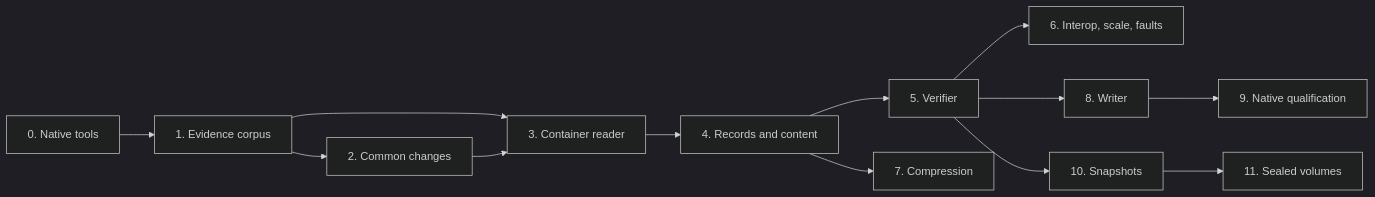
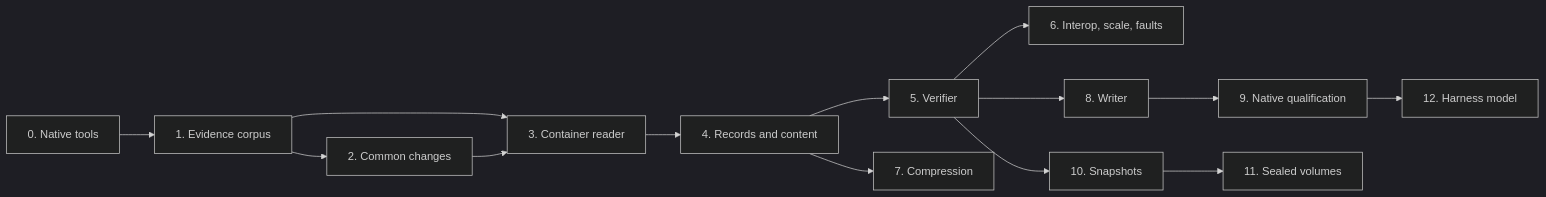
The diagram in docs/apfs-plan.md (stass/fsimg), drawn with Mermaid (dark theme) before and after one commit. The commit also changed other lines of this file and 8 other files, not shown here.

````diff
--- a/docs/apfs-plan.md
+++ b/docs/apfs-plan.md
@@ -425,15 +580,16 @@
 ```mermaid
 flowchart LR
     S0[0. Native tools] --> S1[1. Evidence corpus]
     S1 --> S2[2. Common changes]
     S1 --> S3[3. Container reader]
     S2 --> S3
     S3 --> S4[4. Records and content]
     S4 --> S5[5. Verifier]
     S5 --> S6[6. Interop, scale, faults]
     S4 --> S7[7. Compression]
     S5 --> S8[8. Writer]
     S8 --> S9[9. Native qualification]
     S5 --> S10[10. Snapshots]
     S10 --> S11[11. Sealed volumes]
+    S9 --> S12[12. Harness model]
 ```
````
